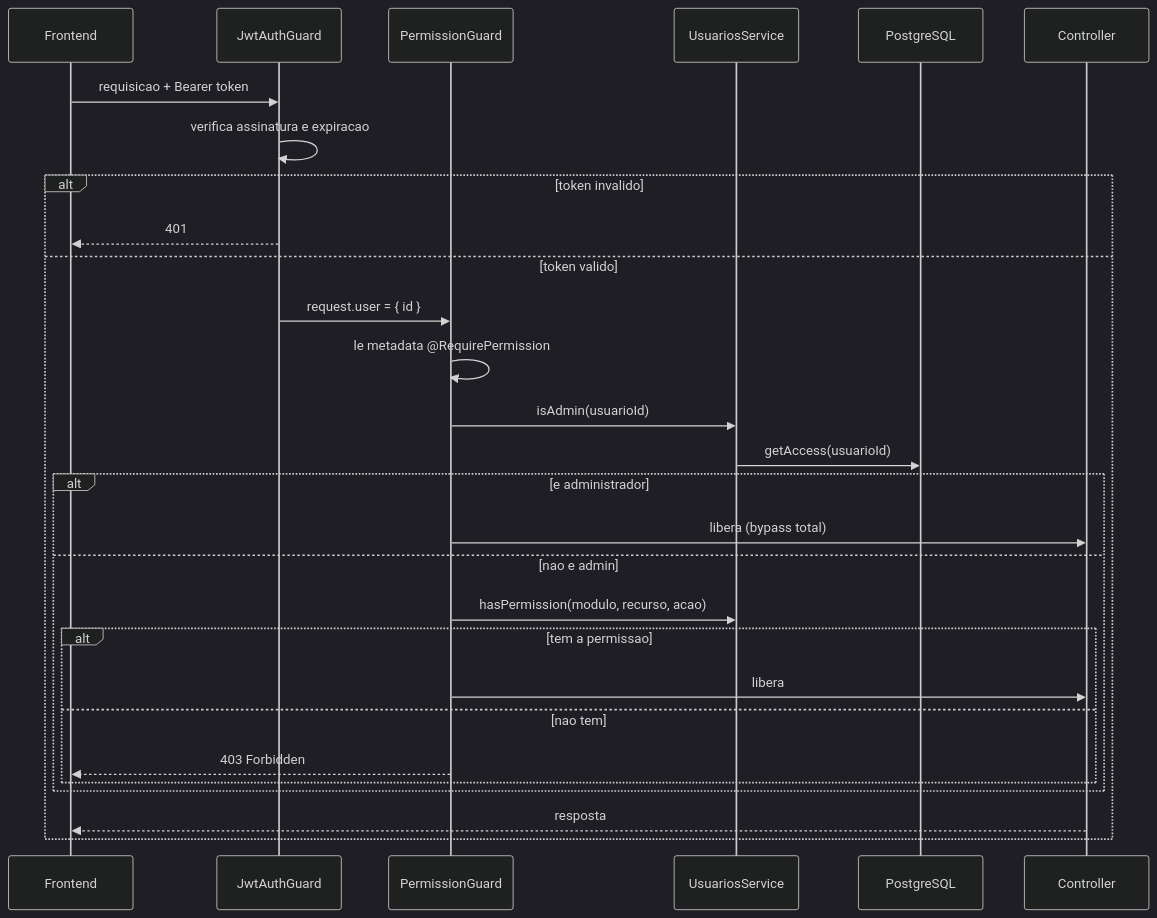
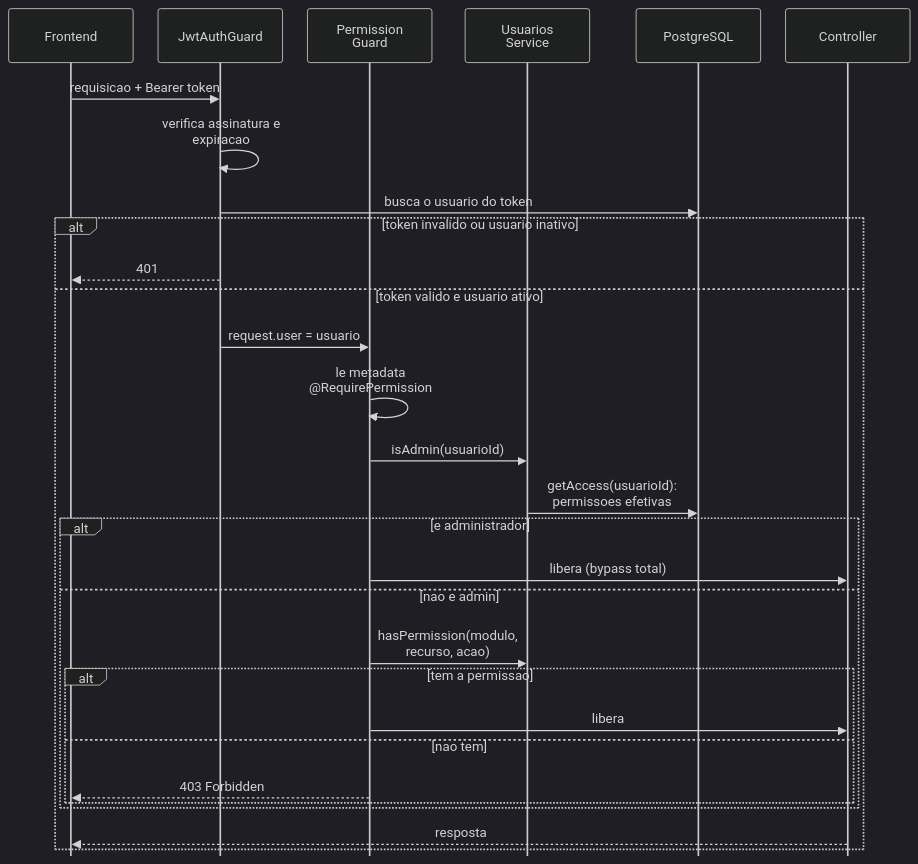
One commit to bebberjoao/RoosterOneBackend changed the diagram in docs/diagramas/src/seq-autorizacao.mmd. Above: the diagram before and after it, drawn with Mermaid (dark theme). The commit also changed 129 other files, not shown here.

First line of the commit message:
docs: diagramas revistos para legibilidade e conferidos com o código

```diff
--- a/docs/diagramas/src/seq-autorizacao.mmd
+++ b/docs/diagramas/src/seq-autorizacao.mmd
@@ -1,29 +1,30 @@
+%%{init: {"sequence":{"mirrorActors":false,"wrap":true,"width":150,"actorMargin":30,"boxMargin":6,"messageMargin":24,"noteMargin":6,"diagramMarginX":8,"diagramMarginY":8}}}%%
 sequenceDiagram
   participant FE as Frontend
   participant JWT as JwtAuthGuard
-  participant PG as PermissionGuard
-  participant SVC as UsuariosService
+  participant PG as Permission<br/>Guard
+  participant SVC as Usuarios<br/>Service
   participant DB as PostgreSQL
   participant CTRL as Controller
-
   FE->>JWT: requisicao + Bearer token
   JWT->>JWT: verifica assinatura e expiracao
-  alt token invalido
+  JWT->>DB: busca o usuario do token
+  alt token invalido ou usuario inativo
     JWT-->>FE: 401
-  else token valido
-    JWT->>PG: request.user = { id }
+  else token valido e usuario ativo
+    JWT->>PG: request.user = usuario
     PG->>PG: le metadata @RequirePermission
     PG->>SVC: isAdmin(usuarioId)
-    SVC->>DB: getAccess(usuarioId)
+    SVC->>DB: getAccess(usuarioId):<br/>permissoes efetivas
     alt e administrador
       PG->>CTRL: libera (bypass total)
     else nao e admin
       PG->>SVC: hasPermission(modulo, recurso, acao)
       alt tem a permissao
         PG->>CTRL: libera
       else nao tem
         PG-->>FE: 403 Forbidden
       end
     end
     CTRL-->>FE: resposta
   end
```
